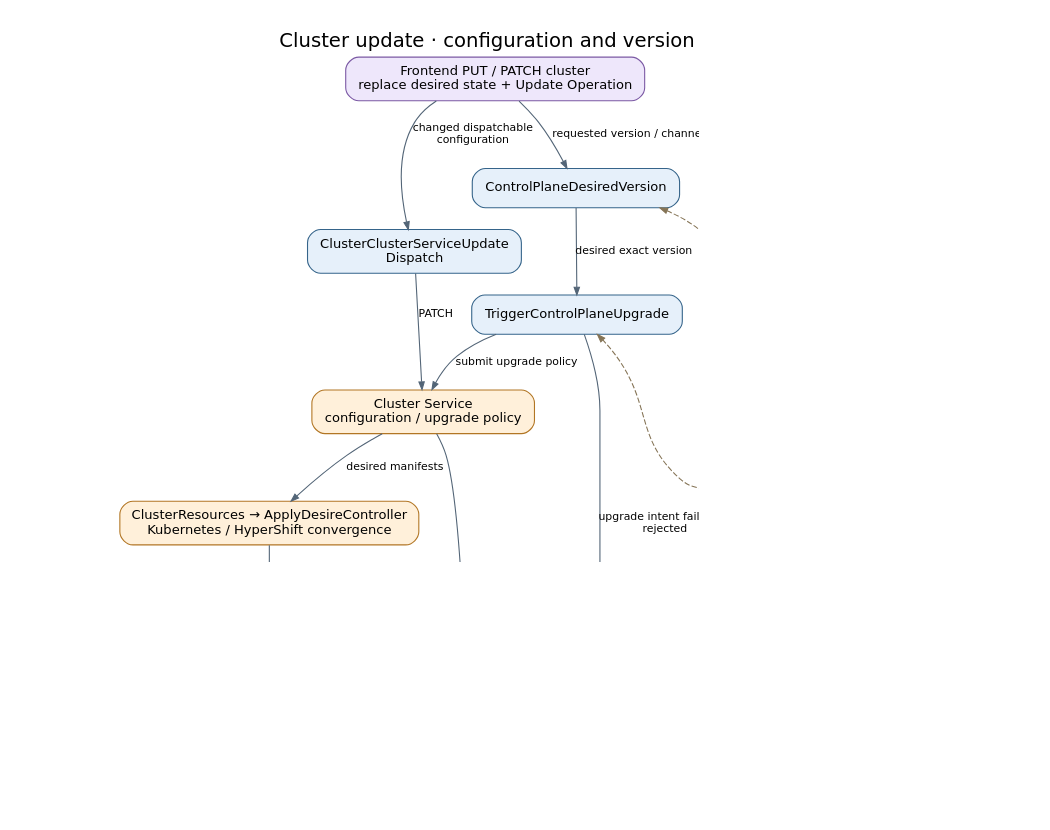
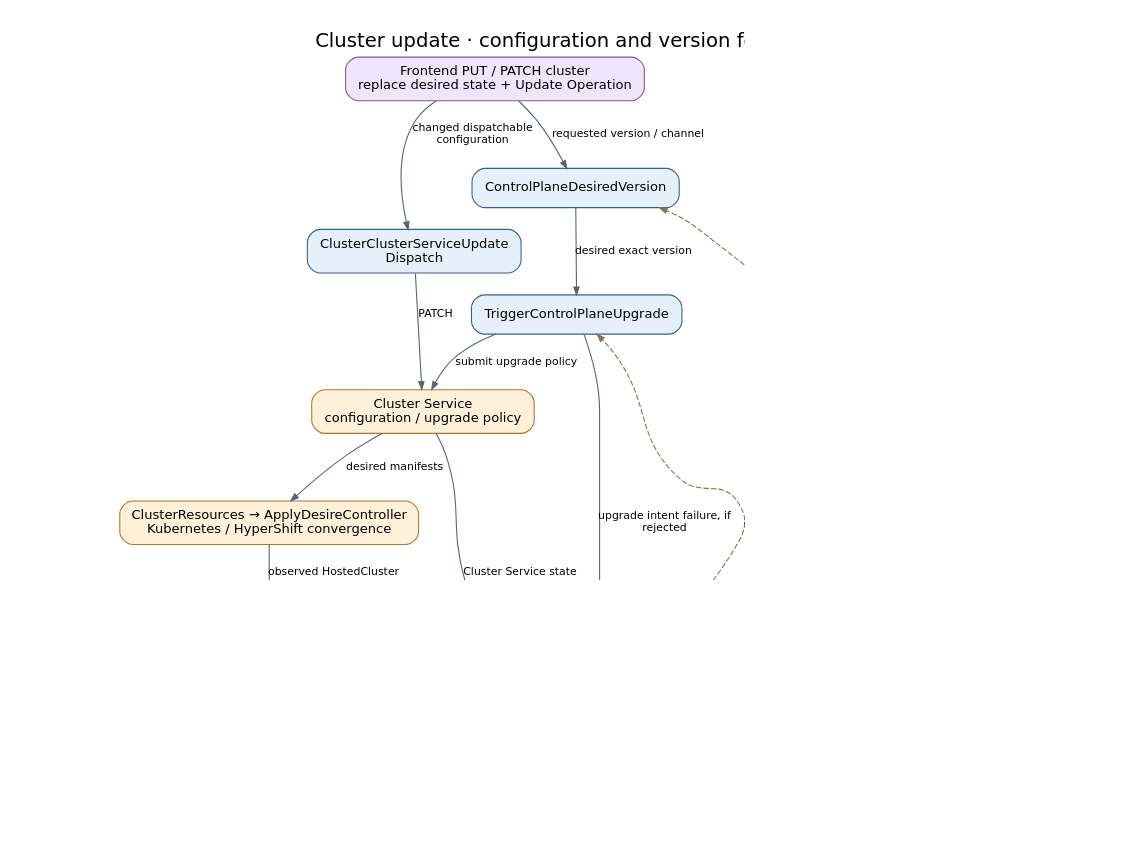
Before and after one commit to Azure/ARO-HCP: the diagram in docs/diagrams/controller-flows/cluster-update.dot, drawn with Graphviz. The commit also changed 10 other files, not shown here.

Commit message:
fix: fail cluster operations on persistent validation errors

```diff
--- a/docs/diagrams/controller-flows/cluster-update.dot
+++ b/docs/diagrams/controller-flows/cluster-update.dot
@@ -1,32 +1,34 @@
 digraph cluster_update {
   graph [rankdir=TB, bgcolor="white", pad="0.3", nodesep="0.4", ranksep="0.55", fontname="DejaVu Sans", fontsize=18, labelloc=t, label="Cluster update · configuration and version feedback", dpi=110];
   node [shape=box, style="rounded,filled", fillcolor="#e6f0fa", color="#35648a", fontname="DejaVu Sans", fontsize=12, margin="0.16,0.10"];
   edge [color="#536577", fontname="DejaVu Sans", fontsize=10, arrowsize=0.7];
   put [label="Frontend PUT / PATCH cluster\nreplace desired state + Update Operation", fillcolor="#eee7fb", color="#7b59a4"];
   dispatch [label="ClusterClusterServiceUpdate\nDispatch", fillcolor="#e6f0fa", color="#35648a"];
   desired [label="ControlPlaneDesiredVersion", fillcolor="#e6f0fa", color="#35648a"];
   upgrade [label="TriggerControlPlaneUpgrade", fillcolor="#e6f0fa", color="#35648a"];
   cs [label="Cluster Service\nconfiguration / upgrade policy", fillcolor="#fff0da", color="#b27624"];
   kube [label="ClusterResources → ApplyDesireController\nKubernetes / HyperShift convergence", fillcolor="#fff0da", color="#b27624"];
   mirror [label="ReadDesireKubernetesController", fillcolor="#e6f0fa", color="#35648a"];
   active [label="ControlPlaneActiveVersions", fillcolor="#e6f0fa", color="#35648a"];
+  validation [label="Cluster validation controllers\nServiceProviderCluster.Status.Validations", fillcolor="#e6f0fa", color="#35648a"];
   op [label="OperationClusterUpdate", fillcolor="#e6f0fa", color="#35648a"];
   done [label="ARM terminal operation state\nSucceeded or Failed", fillcolor="#e4f2e5", color="#4c8053"];
   put -> dispatch [label="changed dispatchable\nconfiguration"];
   put -> desired [label="requested version / channel"];
   desired -> upgrade [label="desired exact version"];
   dispatch -> cs [label="PATCH"];
   upgrade -> cs [label="submit upgrade policy"];
   cs -> kube [label="desired manifests"];
   kube -> mirror [label="observed HostedCluster"];
   mirror -> active [label="version history"];
   cs -> op [label="Cluster Service state"];
   mirror -> op [label="observed readiness / version"];
   upgrade -> op [label="upgrade intent failure, if\nrejected"];
+  validation -> op [label="False: Provisioning + InvalidResource;\nfailure and operation each >= 5m: Failed;\nall True: ready"];
   op -> done [label="completion or failure checks"];
   observed [label="Customer resource Status.ActiveVersions\nmajor.minor versions", fillcolor="#e4f2e5", color="#4c8053"];
   active -> observed [label="separate Cosmos replace"];
   active -> upgrade [label="active versus desired", style=dashed, color="#857456", constraint=false];
   active -> desired [label="observed versions constrain\nnext selection", style=dashed, color="#857456", constraint=false];
   op -> op [label="still progressing: poll again", style=dashed, color="#857456", constraint=false];
 }
```
